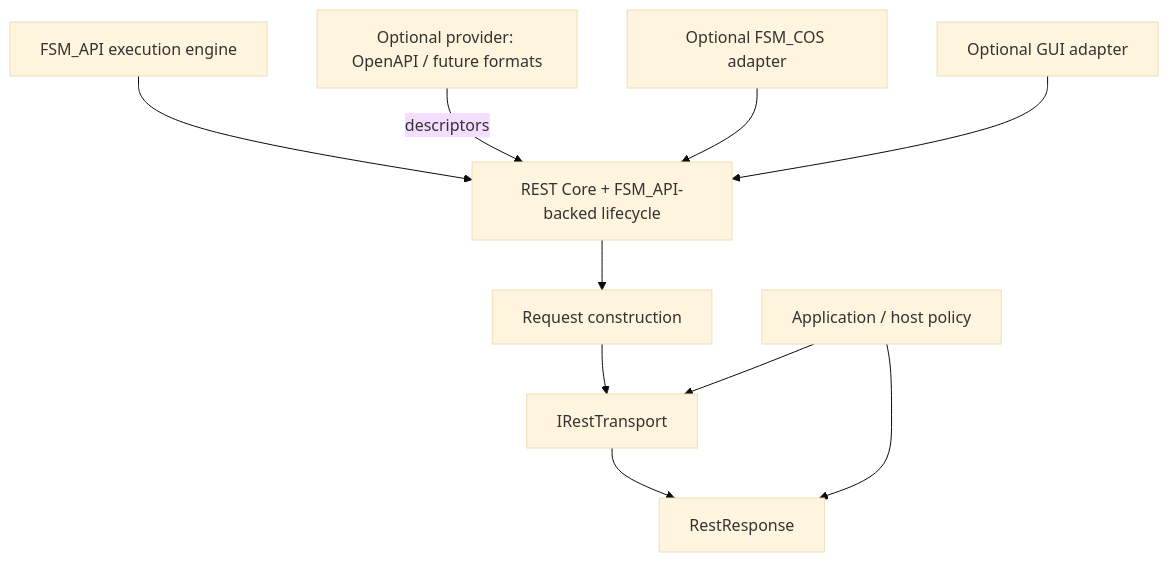
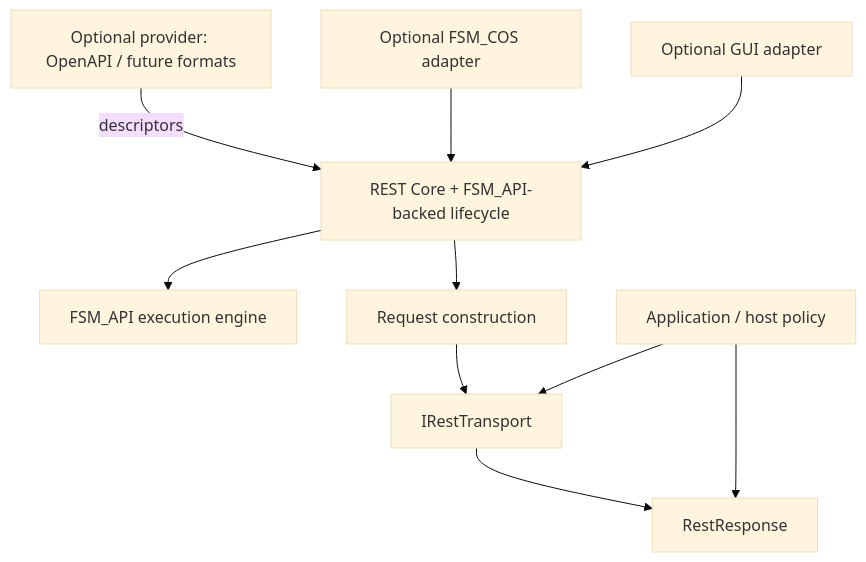
One commit to TrentBest/TheSingularityWorkshop.FSM_REST changed the diagram in docs/ARCHITECTURE.md. Above: the diagram before and after it, drawn with Mermaid (base theme).

Commit message:
docs: correct FSM_API dependency arrow direction

````diff
--- a/docs/ARCHITECTURE.md
+++ b/docs/ARCHITECTURE.md
@@ -13,12 +13,12 @@
 ```mermaid
 flowchart TD
-    FSMAPI[FSM_API execution engine] --> Core[REST Core + FSM_API-backed lifecycle]
+    Core[REST Core + FSM_API-backed lifecycle] --> FSMAPI[FSM_API execution engine]
     Provider[Optional provider: OpenAPI / future formats] -->|descriptors| Core[REST Core + FSM_API-backed lifecycle]
     Core --> Request[Request construction]
     Request --> Transport[IRestTransport]
     Transport --> Response[RestResponse]
     COS[Optional FSM_COS adapter] --> Core
     GUI[Optional GUI adapter] --> Core
     Host[Application / host policy] --> Transport
     Host --> Response
 ```
````
